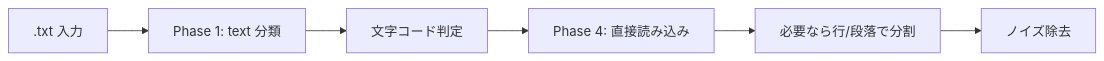
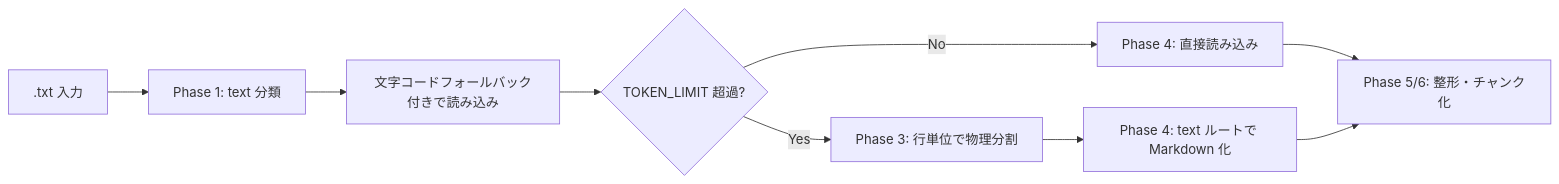
The diagram in docs/拡張子別/txt.md (tudoumono/FileTrimming), drawn with Mermaid before and after one commit. The commit also changed other lines of this file and 7 other files, not shown here.

````diff
--- a/docs/拡張子別/txt.md
+++ b/docs/拡張子別/txt.md
@@ -21,8 +23,11 @@
 ```mermaid
 flowchart LR
     A[".txt 入力"] --> B["Phase 1: text 分類"]
-    B --> C["文字コード判定"]
-    C --> D["Phase 4: 直接読み込み"]
-    D --> E["必要なら行/段落で分割"]
-    E --> F["ノイズ除去"]
+    B --> C["文字コードフォールバック付きで読み込み"]
+    C --> D{"TOKEN_LIMIT 超過?"}
+    D -->|No| E["Phase 4: 直接読み込み"]
+    D -->|Yes| F["Phase 3: 行単位で物理分割"]
+    F --> G["Phase 4: text ルートで Markdown 化"]
+    E --> H["Phase 5/6: 整形・チャンク化"]
+    G --> H
 ```
````
